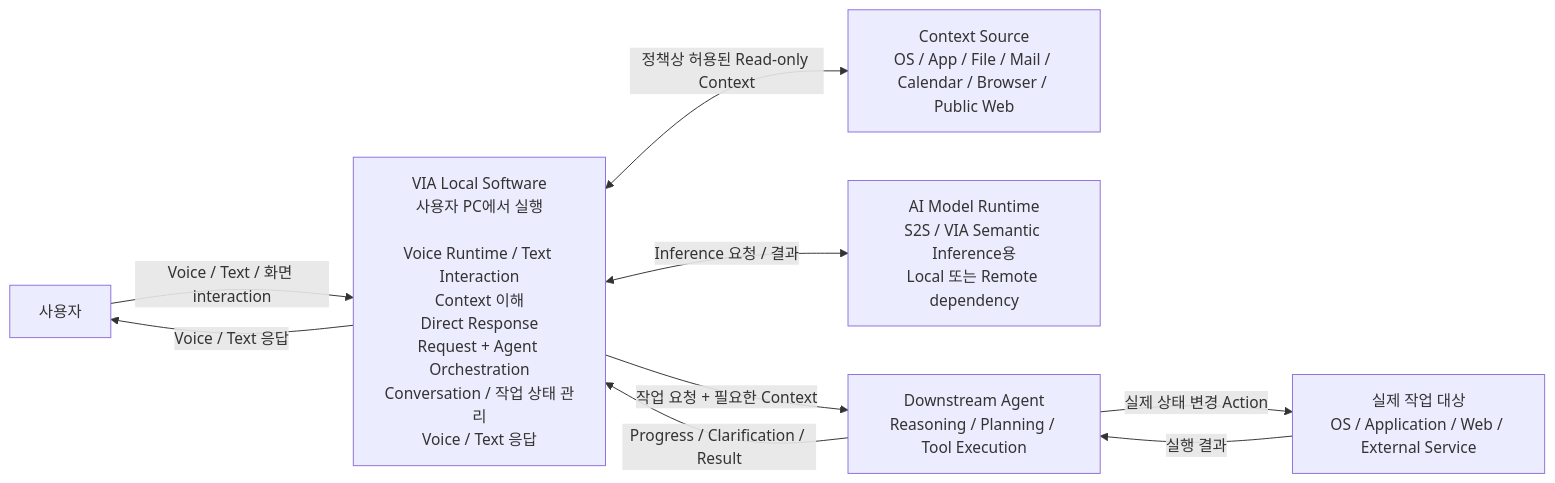
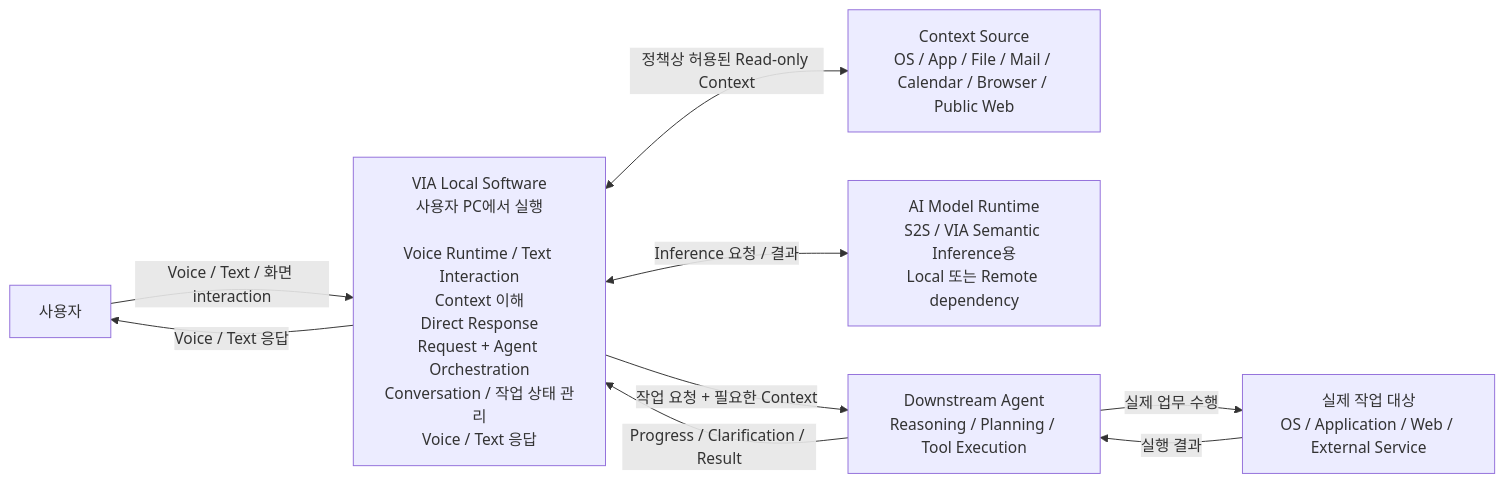
Before and after one commit to cbyche/via-sw-architecture: the diagram in docs/rebaseline/01-system-mission-and-boundary.md, drawn with Mermaid. The commit also changed other lines of this file, not shown here.

````diff
--- a/docs/rebaseline/01-system-mission-and-boundary.md
+++ b/docs/rebaseline/01-system-mission-and-boundary.md
@@ -66,23 +68,18 @@
 ```mermaid
 flowchart LR
     U["사용자"]
-
     VIA["VIA Local Software<br/>사용자 PC에서 실행<br/><br/>Voice Runtime / Text Interaction<br/>Context 이해<br/>Direct Response<br/>Request + Agent Orchestration<br/>Conversation / 작업 상태 관리<br/>Voice / Text 응답"]
-
     CTX["Context Source<br/>OS / App / File / Mail / Calendar / Browser / Public Web"]
     MODEL["AI Model Runtime<br/>S2S / VIA Semantic Inference용<br/>Local 또는 Remote dependency"]
     AGENT["Downstream Agent<br/>Reasoning / Planning / Tool Execution"]
     TARGET["실제 작업 대상<br/>OS / Application / Web / External Service"]
 
     U -->|"Voice / Text / 화면 interaction"| VIA
     VIA -->|"Voice / Text 응답"| U
-
     VIA <-->|"정책상 허용된 Read-only Context"| CTX
     VIA <-->|"Inference 요청 / 결과"| MODEL
-
     VIA -->|"작업 요청 + 필요한 Context"| AGENT
     AGENT -->|"Progress / Clarification / Result"| VIA
-
-    AGENT -->|"실제 상태 변경 Action"| TARGET
+    AGENT -->|"실제 업무 수행"| TARGET
     TARGET -->|"실행 결과"| AGENT
 ```
````
